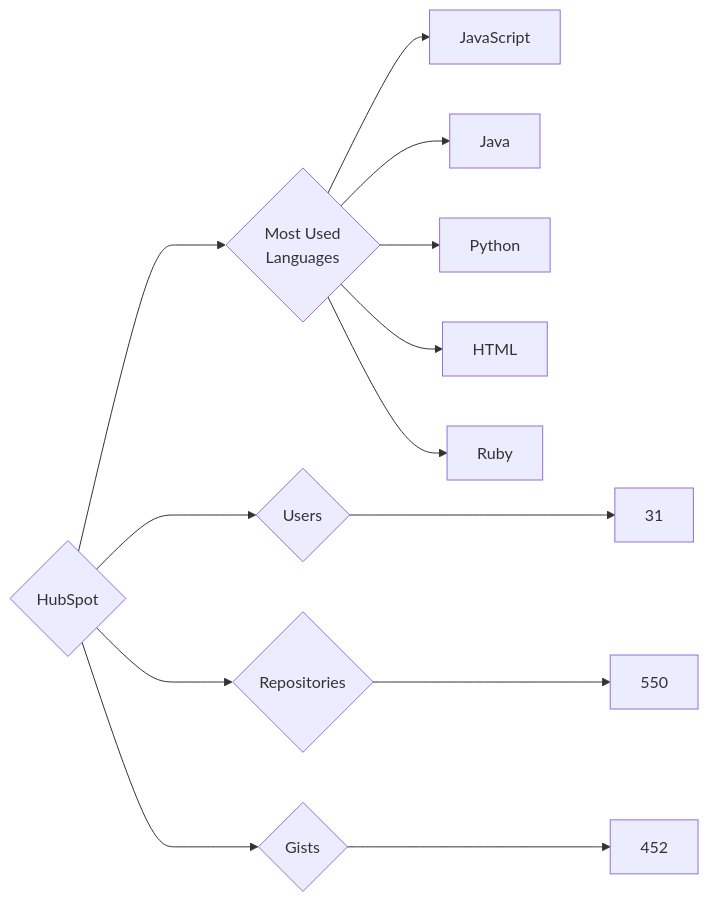
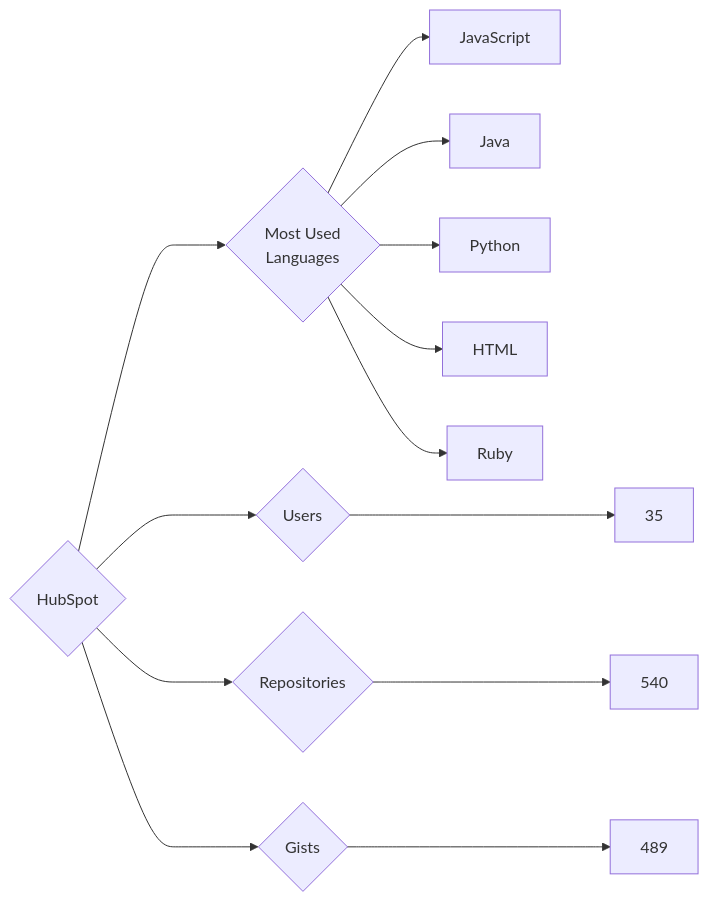
The diagram in targets/HubSpot/README.md (trickest/insiders), drawn with Mermaid before and after one commit. The commit also changed 912 other files, not shown here.

````diff
--- a/targets/HubSpot/README.md
+++ b/targets/HubSpot/README.md
@@ -3,13 +3,13 @@
 ```mermaid
 graph LR
 COMPANY_NAME{HubSpot}
-COMPANY_NAME ---> U{Users} ---> UN[31]
-COMPANY_NAME ---> R{Repositories} ---> RN[550]
-COMPANY_NAME ---> G{Gists} ---> GN[452]
+COMPANY_NAME ---> U{Users} ---> UN[35]
+COMPANY_NAME ---> R{Repositories} ---> RN[540]
+COMPANY_NAME ---> G{Gists} ---> GN[489]
 COMPANY_NAME ---> ML{Most Used<br>Languages}
 ML --> JavaScript[JavaScript]
 ML --> Java[Java]
 ML --> Python[Python]
 ML --> HTML[HTML]
 ML --> Ruby[Ruby]
 ```
````
